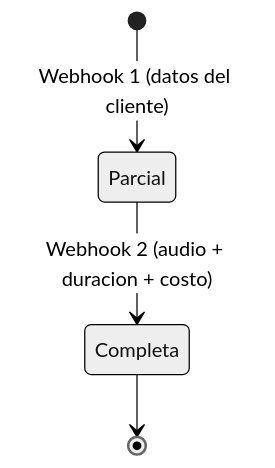
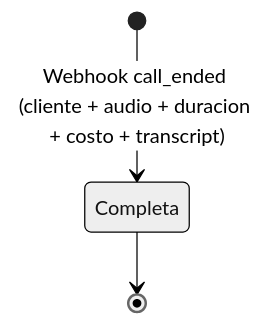
One commit to Tree-Service-Marketing-Agency/call-system changed the fifth of 5 diagrams in docs/flows.md. Above: the diagram before and after it, drawn with Mermaid (neutral theme). The commit also changed other lines of this file and 19 other files, not shown here.

First line of the commit message:
feat(webhooks): consolidate ingestion into single call_ended webhook

````diff
--- a/docs/flows.md
+++ b/docs/flows.md
@@ -88,6 +88,5 @@
 ```mermaid
 stateDiagram-v2
-    [*] --> Parcial: Webhook 1 (datos del cliente)
-    Parcial --> Completa: Webhook 2 (audio + duracion + costo)
+    [*] --> Completa: Webhook call_ended (cliente + audio + duracion + costo + transcript)
     Completa --> [*]
 ```
````
